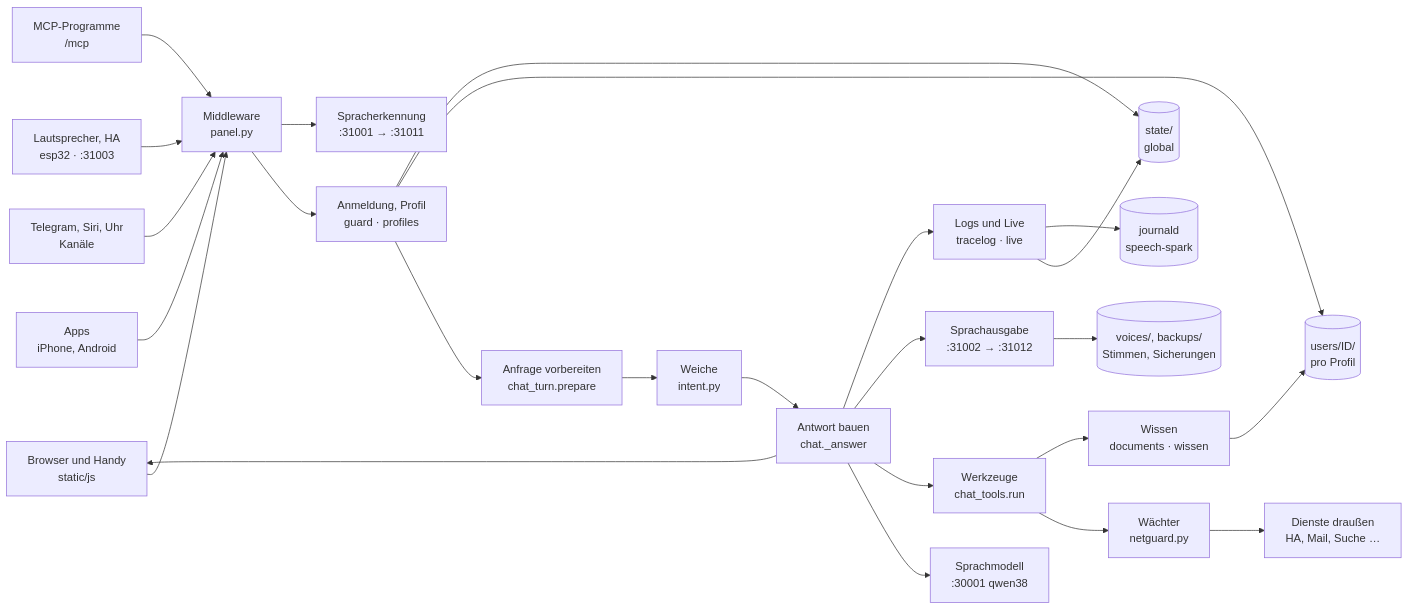
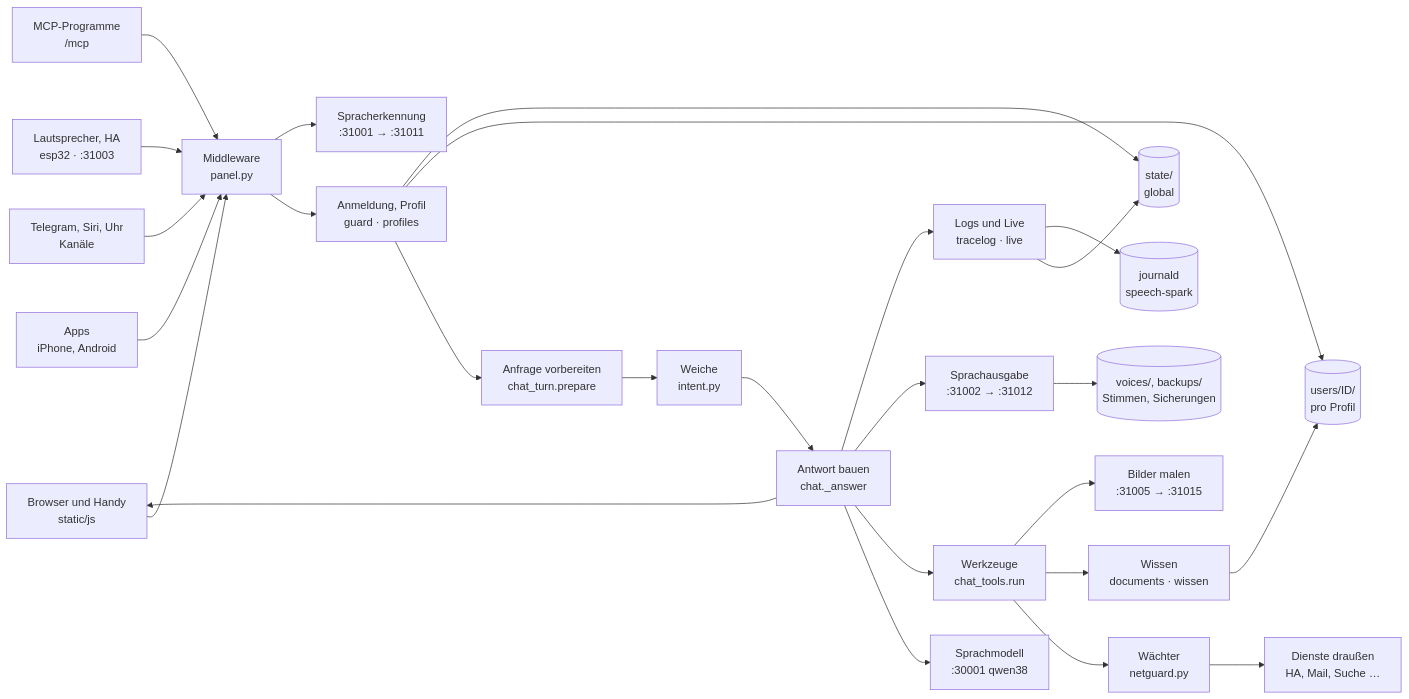
Before and after one commit to db9979/speech-on-dgx-spark: the first of 24 diagrams in docs/de/architektur.md, drawn with Mermaid. The commit also changed other lines of this file and 63 other files, not shown here.

First line of the commit message:
V01.0.567 Bilder malen mit FLUX.2 klein (Stufe 0 und 1)

````diff
--- a/docs/de/architektur.md
+++ b/docs/de/architektur.md
@@ -14,49 +14,51 @@
 ```mermaid
 flowchart LR
   geraet["Browser und Handy<br/>static/js"]
   apps["Apps<br/>iPhone, Android"]
   kanaele["Telegram, Siri, Uhr<br/>Kanäle"]
   lautsprecher["Lautsprecher, HA<br/>esp32 · :31003"]
   mcpc["MCP-Programme<br/>/mcp"]
   middleware["Middleware<br/>panel.py"]
   zugang["Anmeldung, Profil<br/>guard · profiles"]
   vorbereiten["Anfrage vorbereiten<br/>chat_turn.prepare"]
   weiche["Weiche<br/>intent.py"]
   antwort["Antwort bauen<br/>chat._answer"]
   werkzeuge["Werkzeuge<br/>chat_tools.run"]
   wissen["Wissen<br/>documents · wissen"]
   waechter["Wächter<br/>netguard.py"]
   betrieb["Logs und Live<br/>tracelog · live"]
   llm["Sprachmodell<br/>:30001 qwen38"]
   asr["Spracherkennung<br/>:31001 → :31011"]
   tts["Sprachausgabe<br/>:31002 → :31012"]
+  bild["Bilder malen<br/>:31005 → :31015"]
   aussen["Dienste draußen<br/>HA, Mail, Suche …"]
   state[("state/<br/>global")]
   users[("users/ID/<br/>pro Profil")]
   ablage[("voices/, backups/<br/>Stimmen, Sicherungen")]
   journal[("journald<br/>speech-spark")]
   geraet --> middleware
   apps --> middleware
   kanaele --> middleware
   lautsprecher --> middleware
   mcpc --> middleware
   middleware --> zugang
   middleware --> asr
   zugang --> vorbereiten
   vorbereiten --> weiche
   weiche --> antwort
   antwort --> llm
   antwort --> werkzeuge
   werkzeuge --> waechter
   waechter --> aussen
   werkzeuge --> wissen
   antwort --> tts
+  werkzeuge --> bild
   antwort --> geraet
   antwort --> betrieb
   betrieb --> state
   betrieb --> journal
   wissen --> users
   zugang --> users
   zugang --> state
   tts --> ablage
 ```
````
